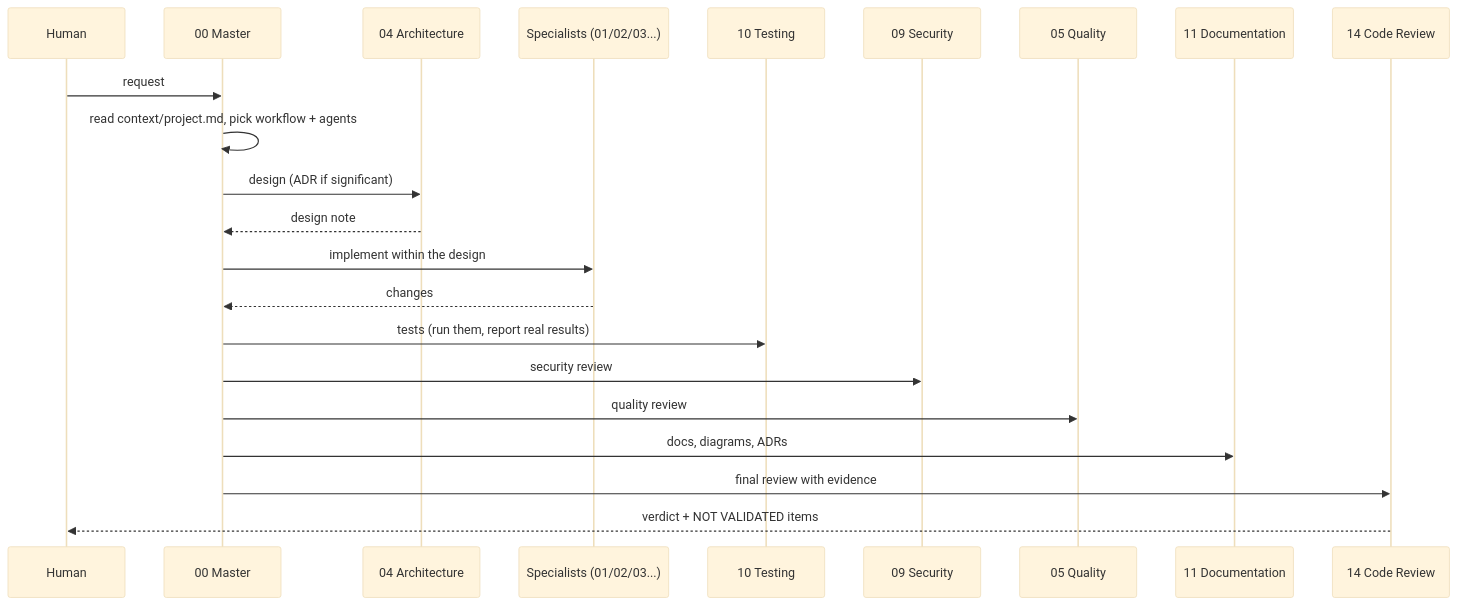
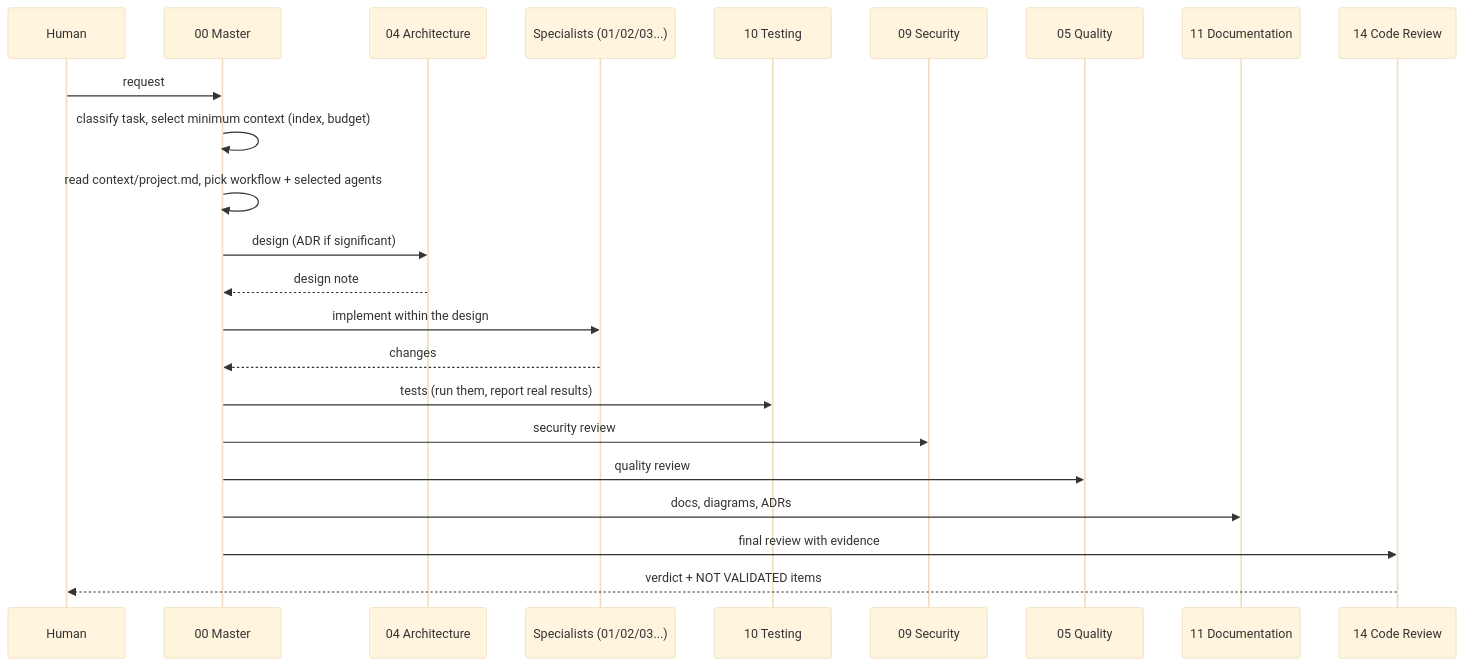
One commit to Yerlis09/ai-software-engineering-kit changed the diagram in docs/AGENTS.md. Above: the diagram before and after it, drawn with Mermaid (base theme). The commit also changed other lines of this file and 154 other files, not shown here.

````diff
--- a/docs/AGENTS.md
+++ b/docs/AGENTS.md
@@ -37,24 +47,25 @@
 ```mermaid
 sequenceDiagram
     participant H as Human
     participant M as 00 Master
     participant A as 04 Architecture
     participant I as Specialists (01/02/03...)
     participant T as 10 Testing
     participant S as 09 Security
     participant Q as 05 Quality
     participant D as 11 Documentation
     participant R as 14 Code Review
     H->>M: request
-    M->>M: read context/project.md, pick workflow + agents
+    M->>M: classify task, select minimum context (index, budget)
+    M->>M: read context/project.md, pick workflow + selected agents
     M->>A: design (ADR if significant)
     A-->>M: design note
     M->>I: implement within the design
     I-->>M: changes
     M->>T: tests (run them, report real results)
     M->>S: security review
     M->>Q: quality review
     M->>D: docs, diagrams, ADRs
     M->>R: final review with evidence
     R-->>H: verdict + NOT VALIDATED items
 ```
````
